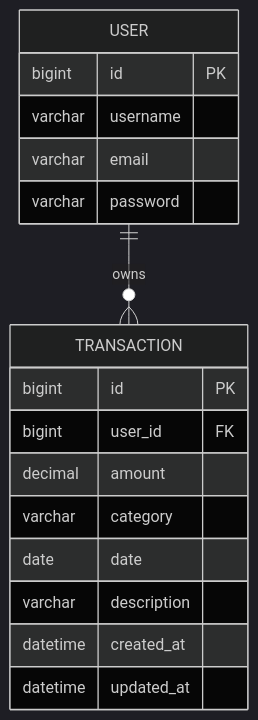
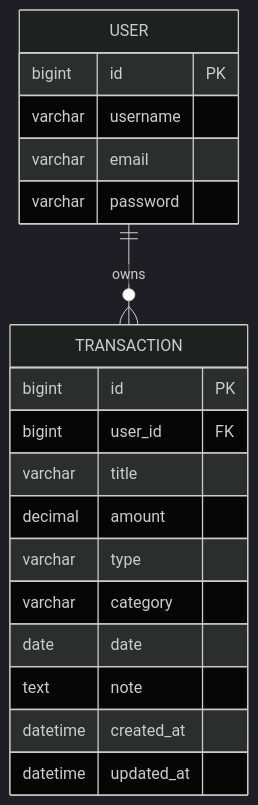
One commit to schak04/personal-expense-tracker changed the second of 3 diagrams in README.md. Above: the diagram before and after it, drawn with Mermaid (dark theme). The commit also changed other lines of this file, not shown here.

Commit message:
docs: update readme to match api contract and architecture

````diff
--- a/README.md
+++ b/README.md
@@ -66,22 +66,24 @@
 ```mermaid
 erDiagram
     USER ||--o{ TRANSACTION : owns
 
     USER {
         bigint id PK
         varchar username
         varchar email
         varchar password
     }
 
     TRANSACTION {
         bigint id PK
         bigint user_id FK
+        varchar title
         decimal amount
+        varchar type
         varchar category
         date date
-        varchar description
+        text note
         datetime created_at
         datetime updated_at
     }
 ```
````
